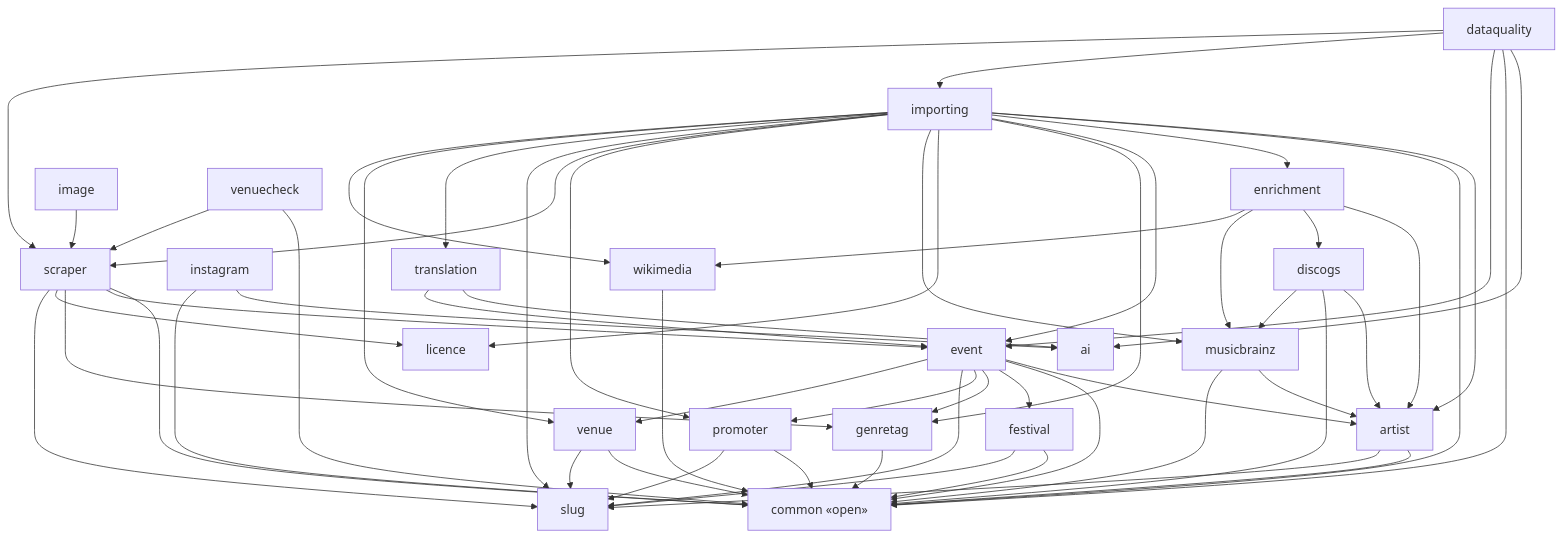
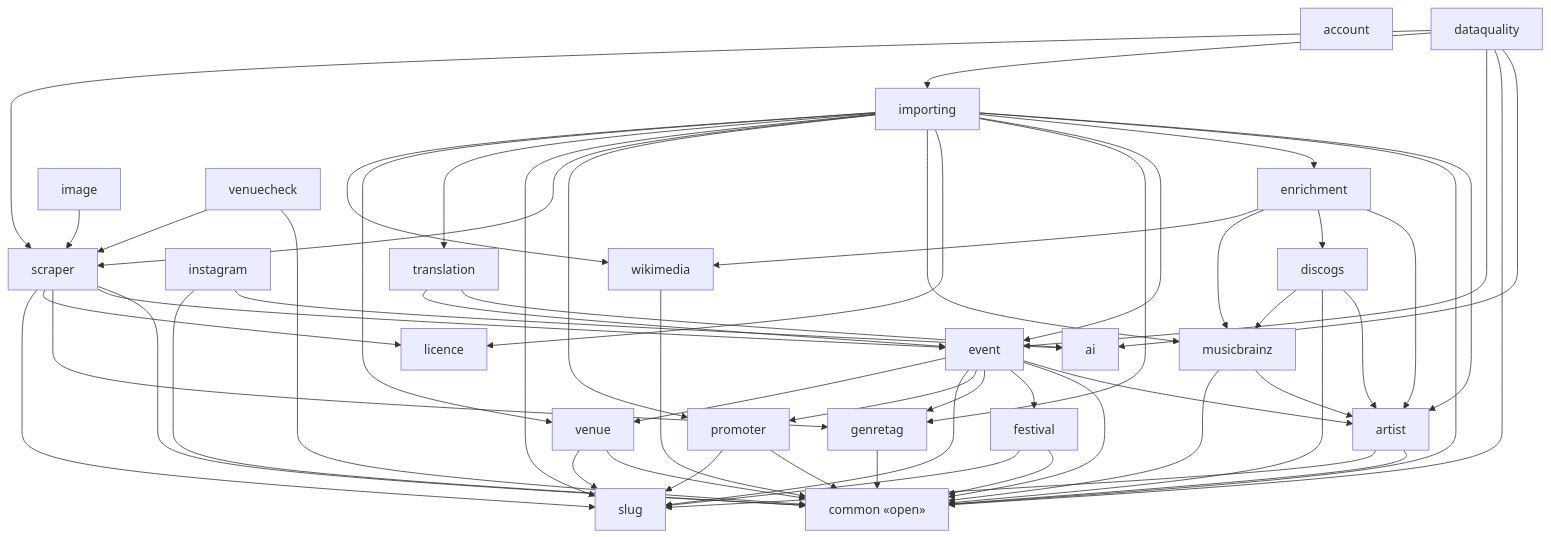
Before and after one commit to enorm-labs/event-junkie: the diagram in docs/architecture/modules-events-importer.md, drawn with Mermaid. The commit also changed 20 other files, not shown here.

````diff
--- a/docs/architecture/modules-events-importer.md
+++ b/docs/architecture/modules-events-importer.md
@@ -9,81 +9,82 @@
 ```mermaid
 flowchart TD
+    account["account"]
     ai["ai"]
     artist["artist"]
     common["common «open»"]
     dataquality["dataquality"]
     discogs["discogs"]
     enrichment["enrichment"]
     event["event"]
     festival["festival"]
     genretag["genretag"]
     image["image"]
     importing["importing"]
     instagram["instagram"]
     licence["licence"]
     musicbrainz["musicbrainz"]
     promoter["promoter"]
     scraper["scraper"]
     slug["slug"]
     translation["translation"]
     venue["venue"]
     venuecheck["venuecheck"]
     wikimedia["wikimedia"]
 
     artist --> common
     artist --> slug
     dataquality --> ai
     dataquality --> common
     dataquality --> event
     dataquality --> importing
     dataquality --> scraper
     discogs --> artist
     discogs --> common
     discogs --> musicbrainz
     enrichment --> artist
     enrichment --> discogs
     enrichment --> musicbrainz
     enrichment --> wikimedia
     event --> artist
     event --> common
     event --> festival
     event --> genretag
     event --> promoter
     event --> slug
     event --> venue
     festival --> common
     festival --> slug
     genretag --> common
     image --> scraper
     importing --> artist
     importing --> common
     importing --> enrichment
     importing --> event
     importing --> genretag
     importing --> licence
     importing --> musicbrainz
     importing --> promoter
     importing --> scraper
     importing --> slug
     importing --> translation
     importing --> venue
     importing --> wikimedia
     instagram --> ai
     instagram --> common
     musicbrainz --> artist
     musicbrainz --> common
     promoter --> common
     promoter --> slug
     scraper --> common
     scraper --> event
     scraper --> genretag
     scraper --> licence
     scraper --> slug
     translation --> ai
     translation --> event
     venue --> common
     venue --> slug
     venuecheck --> common
     venuecheck --> scraper
     wikimedia --> common
 ```
````
